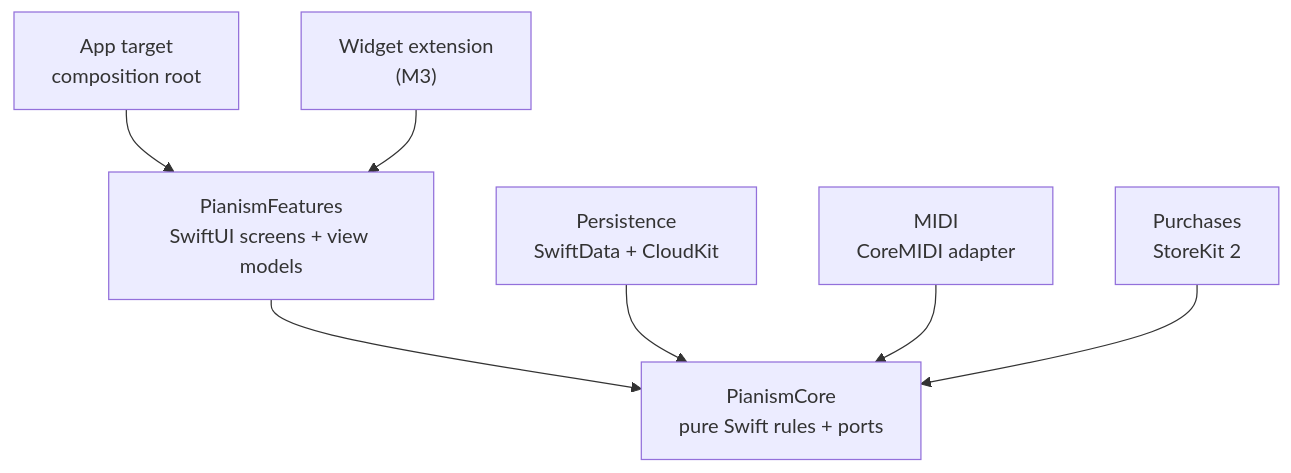
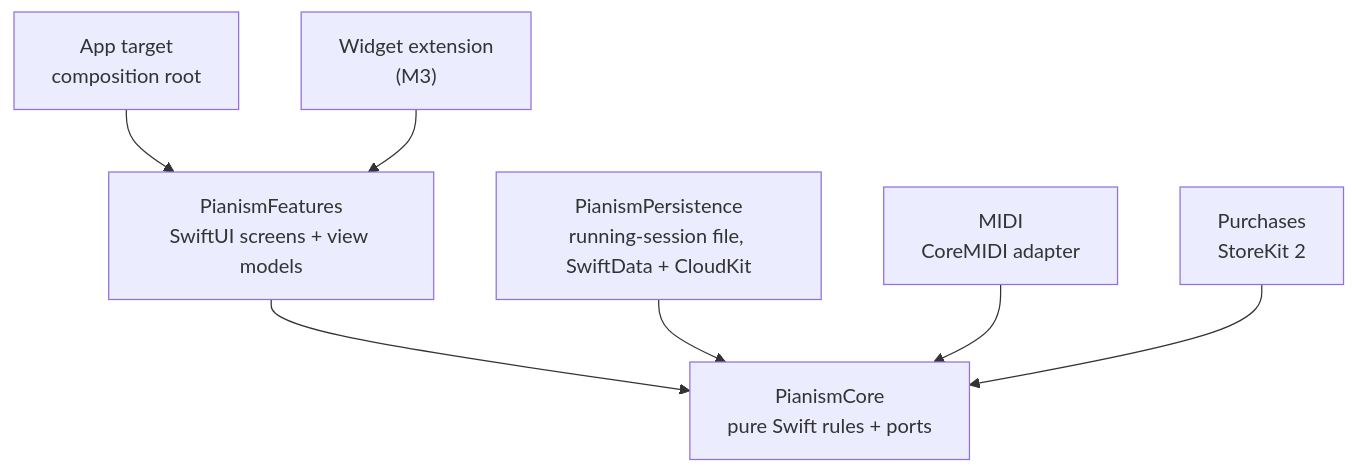
One commit to ed-karabinus/pianism changed the diagram in README.md. Above: the diagram before and after it, drawn with Mermaid. The commit also changed other lines of this file and 4 other files, not shown here.

````diff
--- a/README.md
+++ b/README.md
@@ -10,10 +10,10 @@
 ```mermaid
 flowchart TB
     app["App target<br/>composition root"] --> features
     widget["Widget extension<br/>(M3)"] --> features
     features["PianismFeatures<br/>SwiftUI screens + view models"] --> core
-    persistence["Persistence<br/>SwiftData + CloudKit"] --> core
+    persistence["PianismPersistence<br/>running-session file, SwiftData + CloudKit"] --> core
     midi["MIDI<br/>CoreMIDI adapter"] --> core
     purchases["Purchases<br/>StoreKit 2"] --> core
     core["PianismCore<br/>pure Swift rules + ports"]
 ```
````
